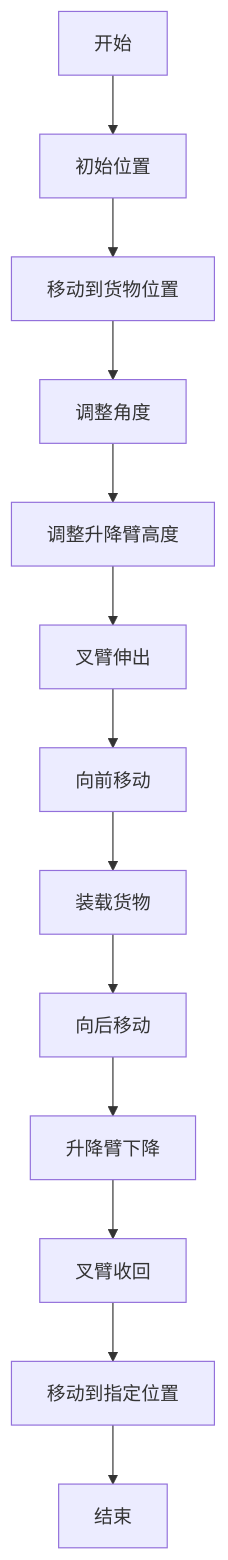
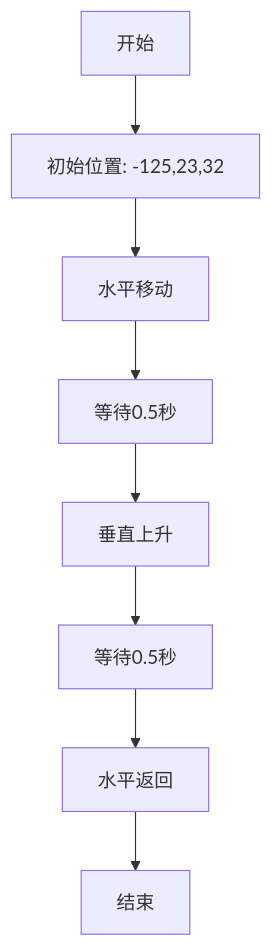
The diagram in all/未命名-1.md (Mrmilu212/iodraw-files), drawn with Mermaid before and after one commit.

Commit message:
2025-05-20 14:49:11 update

````diff
--- a/all/未命名-1.md
+++ b/all/未命名-1.md
@@ -1,15 +1,10 @@
 ```mermaid
 graph TD
-    A[开始] --> B[初始位置]
-    B --> C[移动到货物位置]
-    C --> D[调整角度]
-    D --> E[调整升降臂高度]
-    E --> F[叉臂伸出]
-    F --> G[向前移动]
-    G --> H[装载货物]
-    H --> I[向后移动]
-    I --> J[升降臂下降]
-    J --> K[叉臂收回]
-    K --> L[移动到指定位置]
-    L --> P[结束]
+    A[开始] --> B[初始位置: -125,23,32]
+    B --> C[水平移动]
+    C --> D[等待0.5秒]
+    D --> E[垂直上升]
+    E --> F[等待0.5秒]
+    F --> G[水平返回]
+    G --> H[结束]
 ```
````
